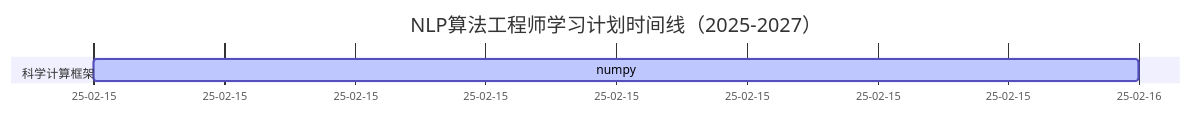
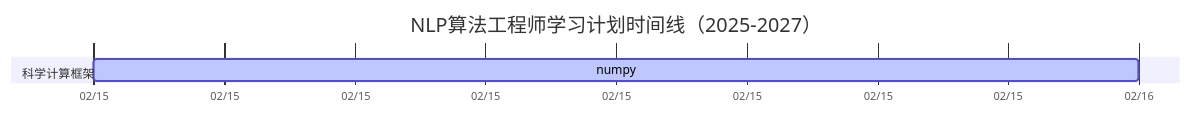
One commit to FLFoxMail/nlp changed the diagram in 01 NLP核心模型与算法/第一阶段学习计划.md. Above: the diagram before and after it, drawn with Mermaid.

Commit message:
Update gantt chart axis format for structured learning plan

````diff
--- a/01 NLP核心模型与算法/第一阶段学习计划.md
+++ b/01 NLP核心模型与算法/第一阶段学习计划.md
@@ -1,9 +1,9 @@
 ```mermaid
 gantt
     title NLP算法工程师学习计划时间线（2025-2027）
     dateFormat  YYYY-MM-DD
-    axisFormat  %y-%m-%d
-    
+    axisFormat  %m/%d
+
     section 科学计算框架
     numpy :active,2025-02-15,  1d
 ```
````
